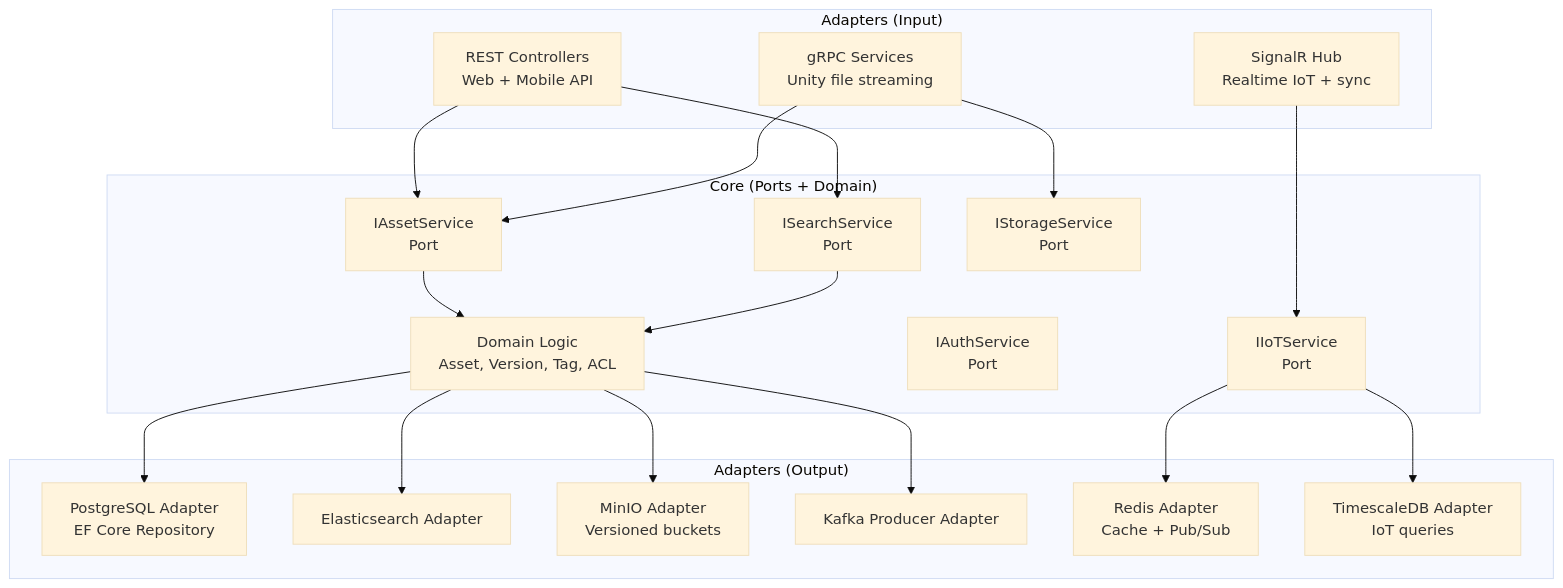
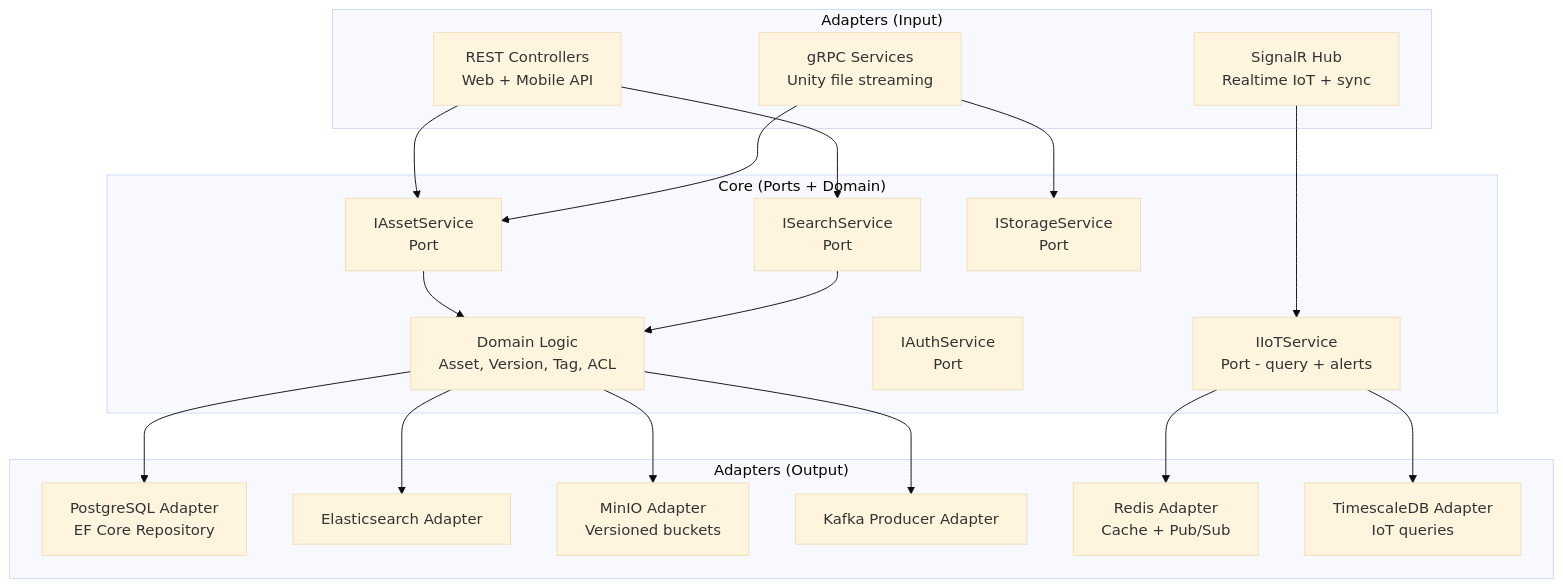
Before and after one commit to Eyolf6Coyote7/Eyolf6Coyote7: the third of 10 diagrams in 3d_asset_collaboration/docs/system_architecture.md, drawn with Mermaid (base theme). The commit also changed other lines of this file, not shown here.

First line of the commit message:
🎨style#48: apply Gemini review fixes (10 items) for 3D Asset Architecture

````diff
--- a/3d_asset_collaboration/docs/system_architecture.md
+++ b/3d_asset_collaboration/docs/system_architecture.md
@@ -75,41 +75,41 @@
 ```mermaid
 graph TD
   subgraph "Adapters (Input)"
     REST[REST Controllers<br/>Web + Mobile API]
     GRPC[gRPC Services<br/>Unity file streaming]
     SIGNALR[SignalR Hub<br/>Realtime IoT + sync]
   end
 
   subgraph "Core (Ports + Domain)"
     PORT_ASSET[IAssetService<br/>Port]
     PORT_SEARCH[ISearchService<br/>Port]
-    PORT_IOT[IIoTService<br/>Port]
+    PORT_IOT[IIoTService<br/>Port - query + alerts]
     PORT_STORAGE[IStorageService<br/>Port]
     PORT_AUTH[IAuthService<br/>Port]
     DOMAIN[Domain Logic<br/>Asset, Version, Tag, ACL]
   end
 
   subgraph "Adapters (Output)"
     PG_ADAPTER[PostgreSQL Adapter<br/>EF Core Repository]
     ES_ADAPTER[Elasticsearch Adapter]
     MINIO_ADAPTER[MinIO Adapter<br/>Versioned buckets]
     KAFKA_ADAPTER[Kafka Producer Adapter]
     REDIS_ADAPTER[Redis Adapter<br/>Cache + Pub/Sub]
     TS_ADAPTER[TimescaleDB Adapter<br/>IoT queries]
   end
 
   REST --> PORT_ASSET
   REST --> PORT_SEARCH
   GRPC --> PORT_ASSET
   GRPC --> PORT_STORAGE
   SIGNALR --> PORT_IOT
 
   PORT_ASSET --> DOMAIN
   PORT_SEARCH --> DOMAIN
   DOMAIN --> PG_ADAPTER
   DOMAIN --> ES_ADAPTER
   DOMAIN --> MINIO_ADAPTER
   DOMAIN --> KAFKA_ADAPTER
   PORT_IOT --> TS_ADAPTER
   PORT_IOT --> REDIS_ADAPTER
 ```
````
